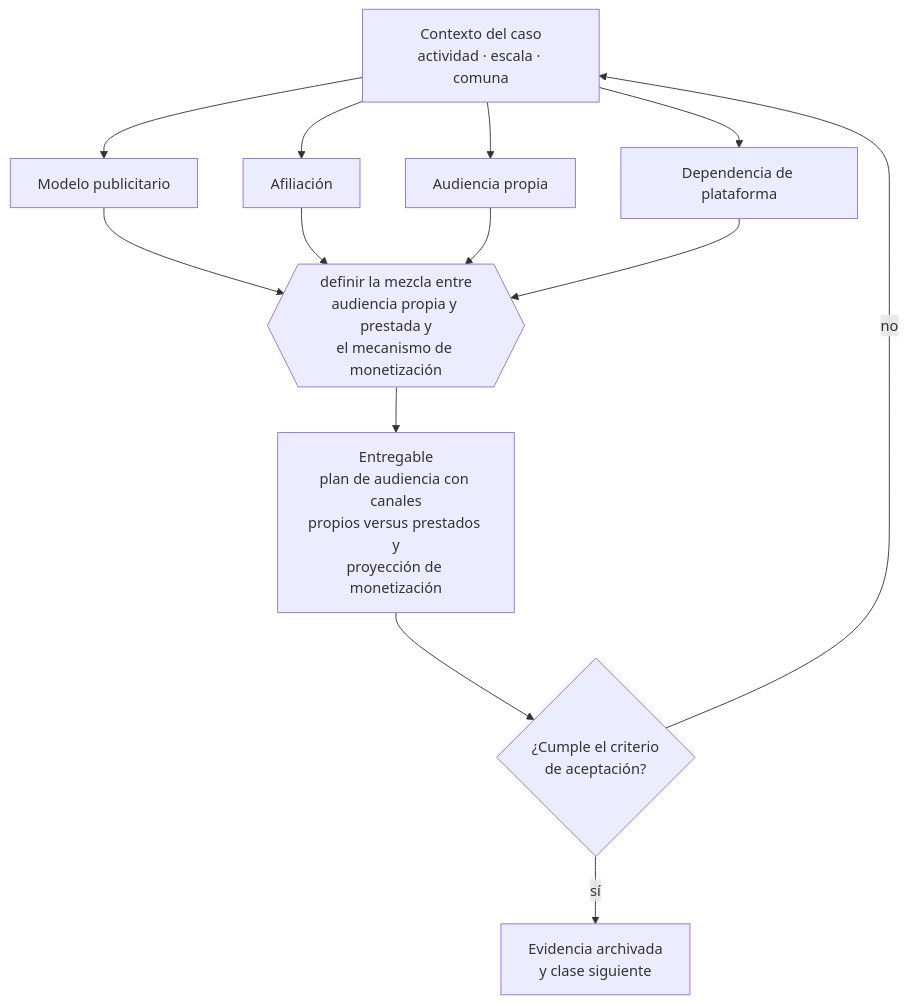
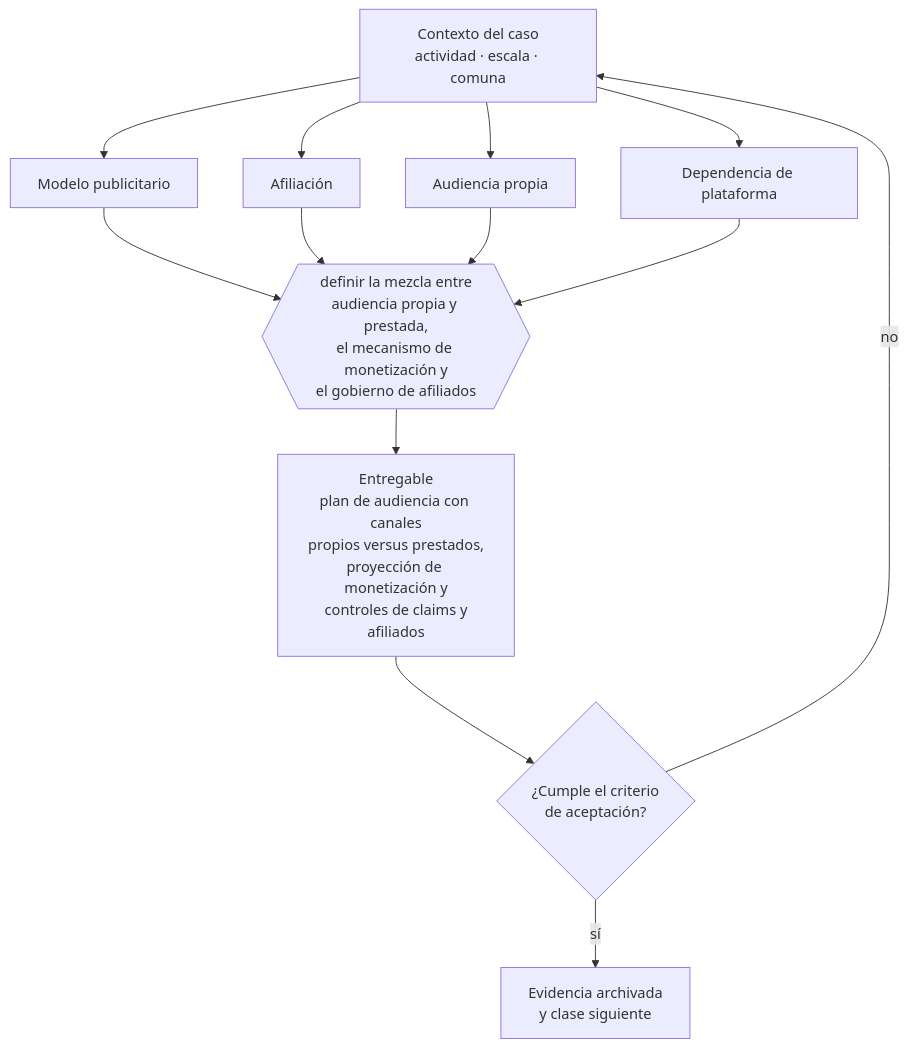
The diagram in curriculum/part-03-modelos-de-negocio-y-lineas-de-ingreso/class-12-publicidad-afiliacion-y-contenido/README.md (vladimiracunadev-create/modern-business-creation-program), drawn with Mermaid before and after one commit. The commit also changed other lines of this file and 33 other files, not shown here.

````diff
--- a/curriculum/part-03-modelos-de-negocio-y-lineas-de-ingreso/class-12-publicidad-afiliacion-y-contenido/README.md
+++ b/curriculum/part-03-modelos-de-negocio-y-lineas-de-ingreso/class-12-publicidad-afiliacion-y-contenido/README.md
@@ -34,13 +34,13 @@
 ```mermaid
 flowchart TB
     C["Contexto del caso<br/>actividad · escala · comuna"]
     C --> A1["Modelo publicitario"]
     C --> A2["Afiliación"]
     C --> A3["Audiencia propia"]
     C --> A4["Dependencia de plataforma"]
-    A1 & A2 & A3 & A4 --> D{{"definir la mezcla entre<br/>audiencia propia y prestada y<br/>el mecanismo de monetización"}}
-    D --> E["Entregable<br/>plan de audiencia con canales<br/>propios versus prestados y<br/>proyección de monetización"]
+    A1 & A2 & A3 & A4 --> D{{"definir la mezcla entre<br/>audiencia propia y prestada,<br/>el mecanismo de monetización y<br/>el gobierno de afiliados"}}
+    D --> E["Entregable<br/>plan de audiencia con canales<br/>propios versus prestados,<br/>proyección de monetización y<br/>controles de claims y<br/>afiliados"]
     E --> V{"¿Cumple el criterio<br/>de aceptación?"}
     V -->|sí| S["Evidencia archivada<br/>y clase siguiente"]
     V -->|no| C
 ```
````
